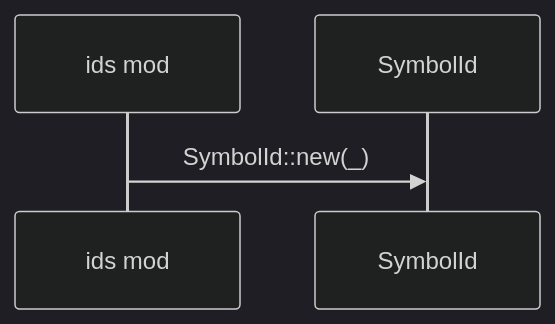
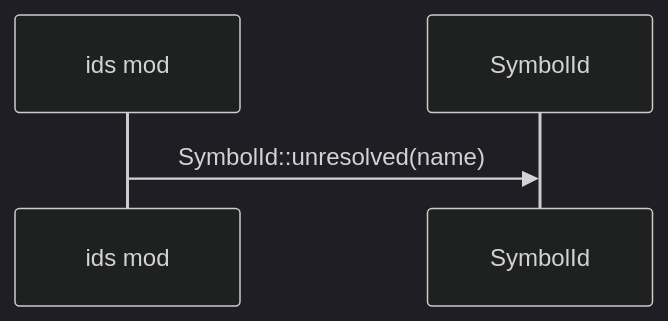
Before and after one commit to DreamLab-AI/codemaid: the eighth of 8 diagrams in docs/sealmap/crates/sealmap-frontend/src/ids.rs.md, drawn with Mermaid (dark theme). The commit also changed other lines of this file and 45 other files, not shown here.

First line of the commit message:
docs: regenerate the self-corpus for sym: ids and schema v2

````diff
--- a/docs/sealmap/crates/sealmap-frontend/src/ids.rs.md
+++ b/docs/sealmap/crates/sealmap-frontend/src/ids.rs.md
@@ -93,6 +143,6 @@
 ```mermaid
 sequenceDiagram
   participant sealmap_frontend__ids as ids mod
-  participant sealmap_model__symbol__SymbolId as SymbolId
-  sealmap_frontend__ids->>sealmap_model__symbol__SymbolId: SymbolId::new(_)
+  participant sealmap_model__sym___tSymbolId as SymbolId
+  sealmap_frontend__ids->>sealmap_model__sym___tSymbolId: SymbolId::unresolved(name)
 ```
````
